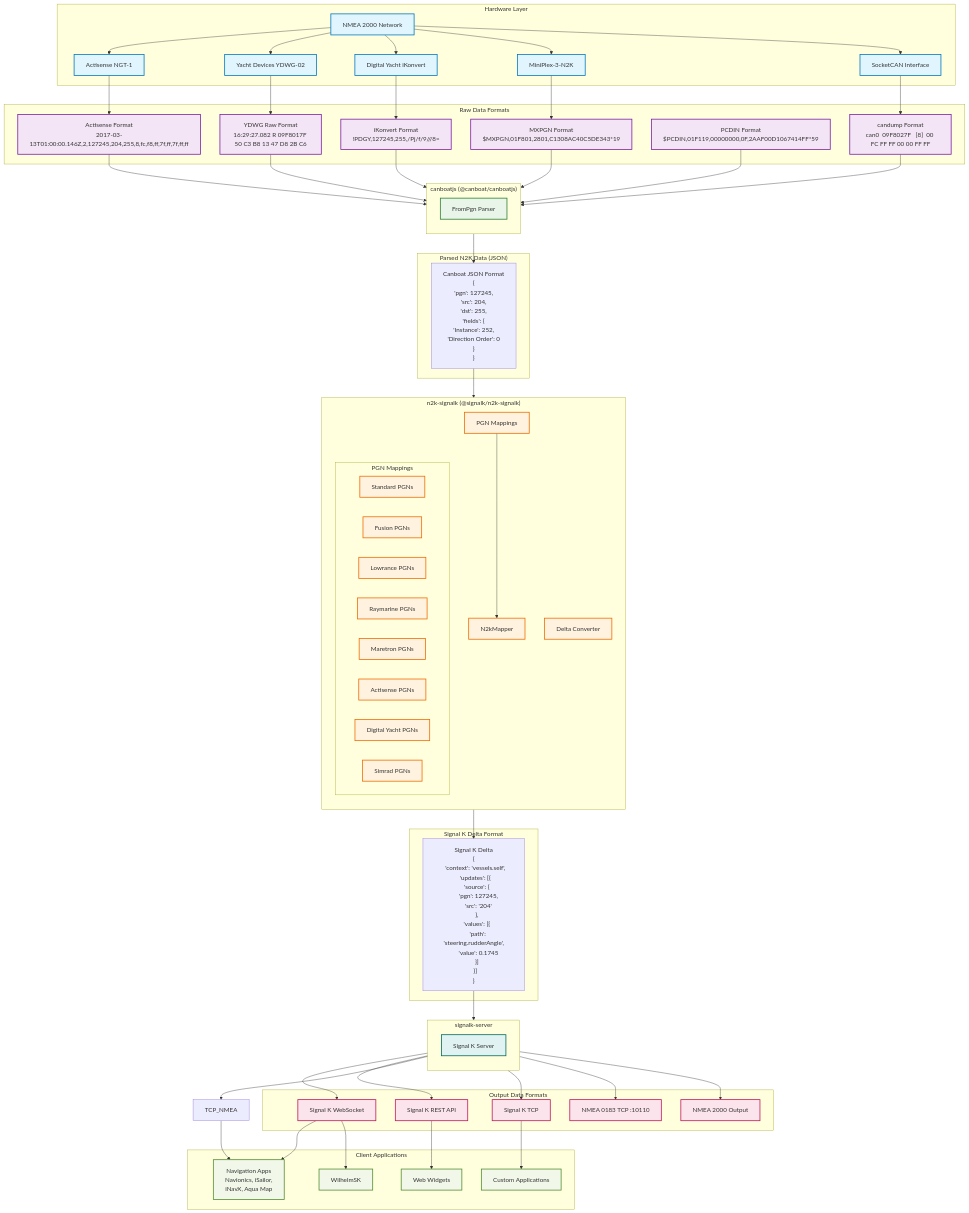
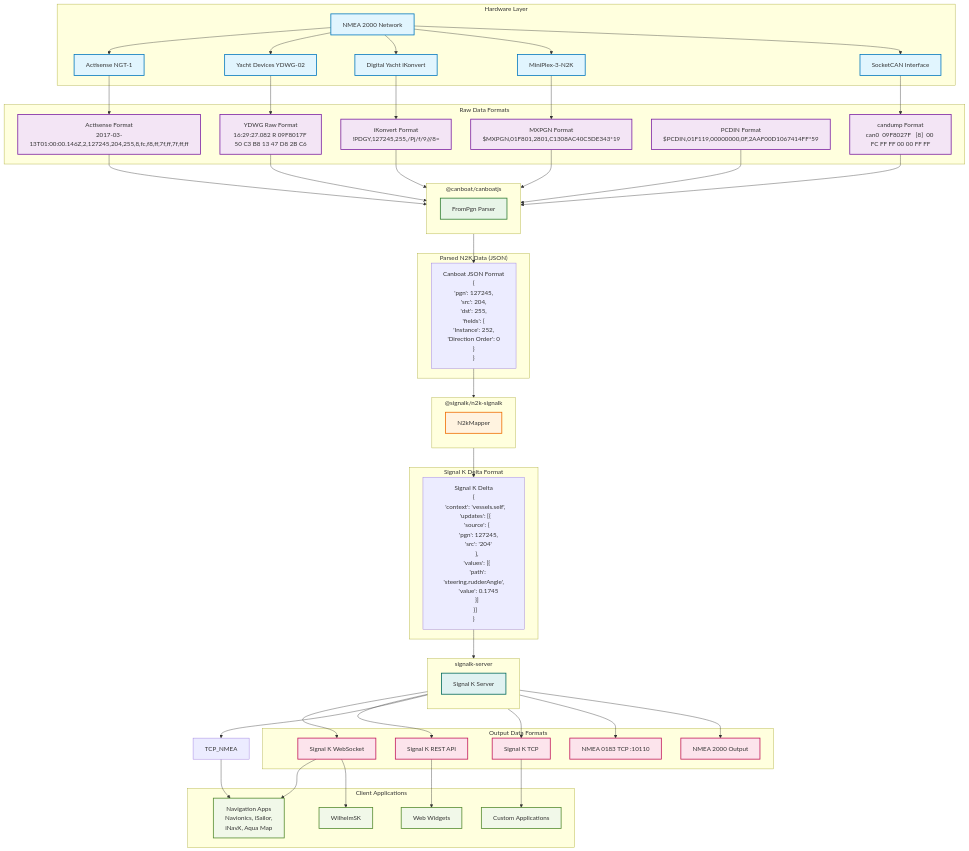
One commit to canboat/canboatjs changed the diagram in architecture-diagram.md. Above: the diagram before and after it, drawn with Mermaid.

Commit message:
more simple

```diff
--- a/architecture-diagram.md
+++ b/architecture-diagram.md
@@ -26,7 +26,7 @@
     end
 
     %% canboatjs Layer
-    subgraph "canboatjs (@canboat/canboatjs)"
+    subgraph "@canboat/canboatjs"
         direction TB
         FROMPGN[FromPgn Parser]
     end
@@ -37,22 +37,9 @@
     end
 
     %% n2k-signalk Layer
-    subgraph "n2k-signalk (@signalk/n2k-signalk)"
+    subgraph "@signalk/n2k-signalk"
         direction TB
         N2K_MAPPER[N2kMapper]
-        PGN_MAPPINGS[PGN Mappings]
-        DELTA_CONV[Delta Converter]
-        
-        subgraph "PGN Mappings"
-            STANDARD_PGNS[Standard PGNs]
-            FUSION_PGNS[Fusion PGNs]
-            LOWRANCE_PGNS[Lowrance PGNs]
-            RAYMARINE_PGNS[Raymarine PGNs]
-            MARETRON_PGNS[Maretron PGNs]
-            ACTISENSE_PGNS[Actisense PGNs]
-            DIGITALYACHT_PGNS[Digital Yacht PGNs]
-            SIMRAD_PGNS[Simrad PGNs]
-        end
     end
 
     %% Signal K Delta
@@ -108,7 +95,6 @@
 
     %% n2k-signalk conversion
     JSON_N2K --> N2K_MAPPER
-    PGN_MAPPINGS --> N2K_MAPPER
     N2K_MAPPER --> SIGNALK_DELTA
 
     %% signalk-server processing
@@ -141,7 +127,7 @@
     class N2K,CAN,ACTISENSE,YDWG,IKON,MINIPLEX,SOCKETCAN hardware
     class ACT_FMT,YDWG_FMT,IKON_FMT,CANDUMP_FMT,PCDIN_FMT,MXPGN_FMT format
     class FROMPGN canboatjs
-    class N2K_MAPPER,PGN_MAPPINGS,DELTA_CONV,STANDARD_PGNS,FUSION_PGNS,LOWRANCE_PGNS,RAYMARINE_PGNS,MARETRON_PGNS,ACTISENSE_PGNS,DIGITALYACHT_PGNS,SIMRAD_PGNS n2ksignalk
+    class N2K_MAPPER,DELTA_CONV,STANDARD_PGNS,FUSION_PGNS,LOWRANCE_PGNS,RAYMARINE_PGNS,MARETRON_PGNS,ACTISENSE_PGNS,DIGITALYACHT_PGNS,SIMRAD_PGNS n2ksignalk
     class SIGNALK_SERVER signalkserver
     class NMEA0183_OUT,NMEA2000_OUT,SIGNALK_WS,SIGNALK_REST,SIGNALK_TCP output
     class APPS,WIDGETS,CUSTOM_CLIENTS,WILHELMSK clients
```
